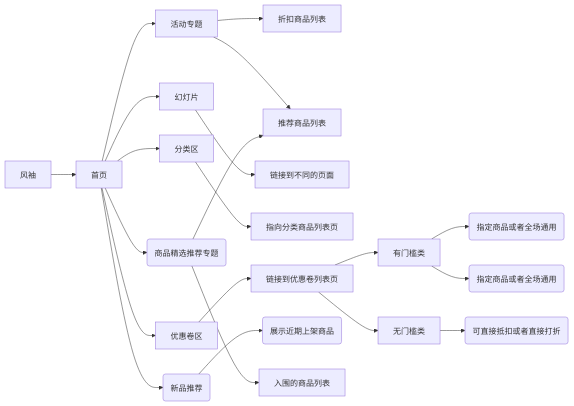
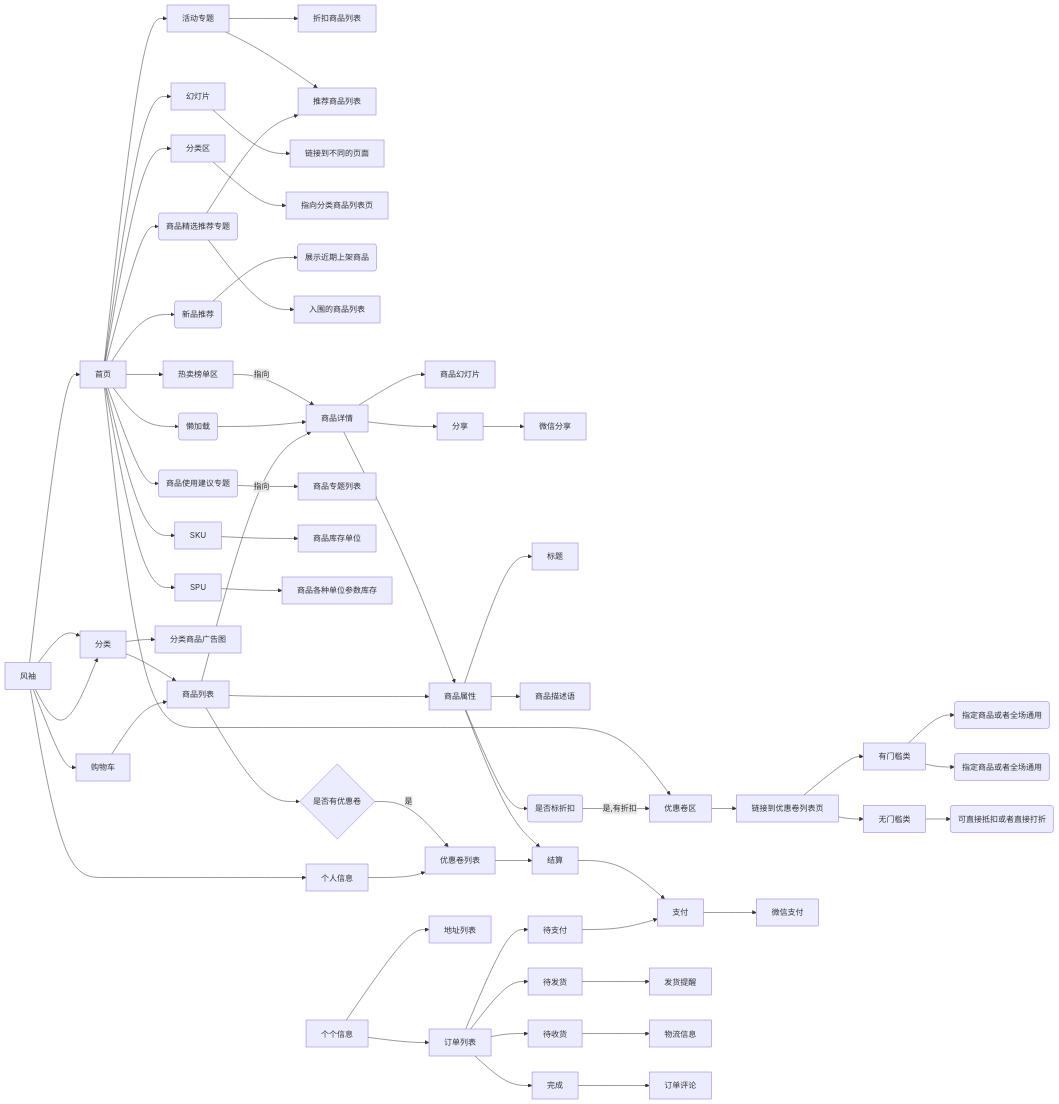
Before and after one commit to wuchuhengtools/java_notes: the diagram in miniprograms/introduction/sketch_map.md, drawn with Mermaid.

Commit message:
编辑 《第一次作业》

````diff
--- a/miniprograms/introduction/sketch_map.md
+++ b/miniprograms/introduction/sketch_map.md
@@ -4,15 +4,44 @@
 ``` mermaid
 graph LR
     风袖 -->  首页
     首页 -->  活动专题
     活动专题 --> 折扣商品列表
     活动专题 --> 推荐商品列表
     首页 --> 幻灯片 --> 链接到不同的页面
     首页 --> 分类区 --> 指向分类商品列表页 
     首页 --> 优惠卷区 --> 链接到优惠卷列表页-->有门槛类 --> 满减类(指定商品或者全场通用)
                                             有门槛类 --> 打折类(指定商品或者全场通用)
                          链接到优惠卷列表页-->无门槛类 --> 全场通用(可直接抵扣或者直接打折)                   
     首页 --> 每周上新(新品推荐) --> 新品列表页(展示近期上架商品)
     首页 --> 风袖臻选(商品精选推荐专题) --> 入围的商品列表
              风袖臻选(商品精选推荐专题) --> 推荐商品列表
+    首页 --> 热卖榜单区  --指向--> 商品详情
+    首页 --> 时尚出街(商品使用建议专题) --指向--> 商品专题列表
+    首页 --> 商品推荐列表(懒加载) --> 商品详情 
+
+    商品详情 --> 商品幻灯片
+    商品详情 --> 分享 -->  微信分享
+    商品详情 --> 商品属性 --> 标题
+                商品属性 --> 商品描述语
+                商品属性 --> 价格(是否标折扣) --是,有折扣--> 优惠卷区
+
+    首页 --> SKU --> 商品库存单位
+
+    首页 -->SPU  --> 商品各种单位参数库存
+    
+    风袖 --> 分类  --> 分类商品广告图
+    风袖 --> 分类  --> 商品列表  --> 商品详情
+    
+    风袖 --> 购物车 --> 商品列表 --> 商品属性
+                       商品列表 -->B{是否有优惠卷} --是-->  优惠卷列表 
+                       商品属性 --> 结算
+                       优惠卷列表 --> 结算
+                                    结算 --> 支付
+
+    风袖 --> 个人信息 -->  优惠卷列表
+            个个信息 --> 订单列表 --> 待支付 --> 支付 --> 微信支付
+                        订单列表 --> 待发货   --> 发货提醒
+                        订单列表 --> 待收货 --> 物流信息
+                        订单列表 --> 完成  --> 订单评论
+            个个信息 --> 地址列表 
 ```
````
